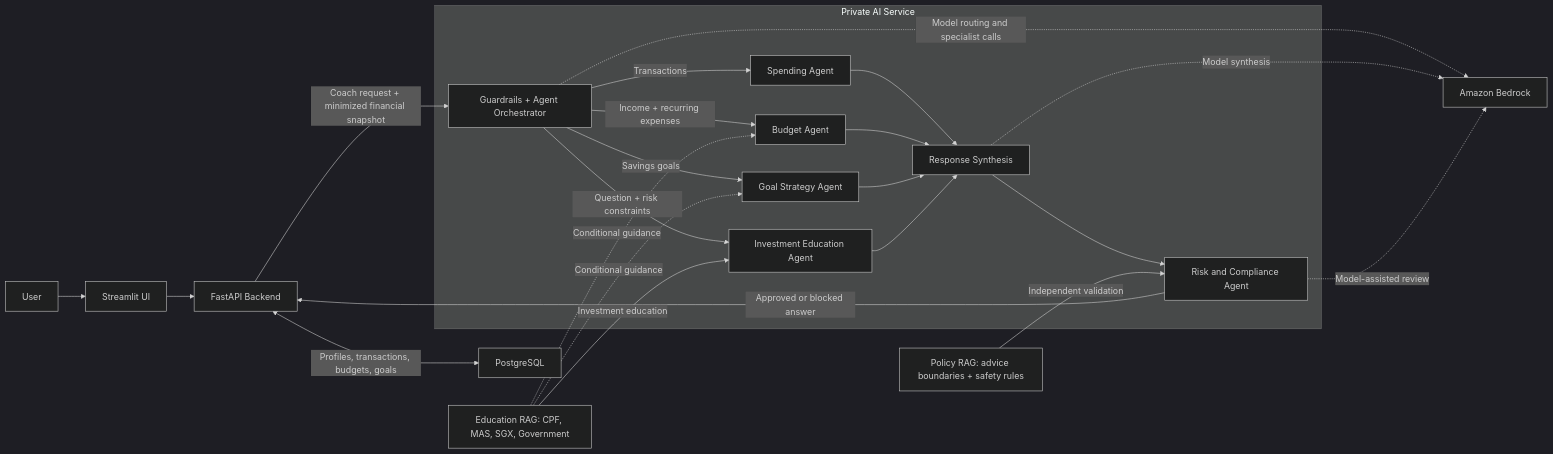
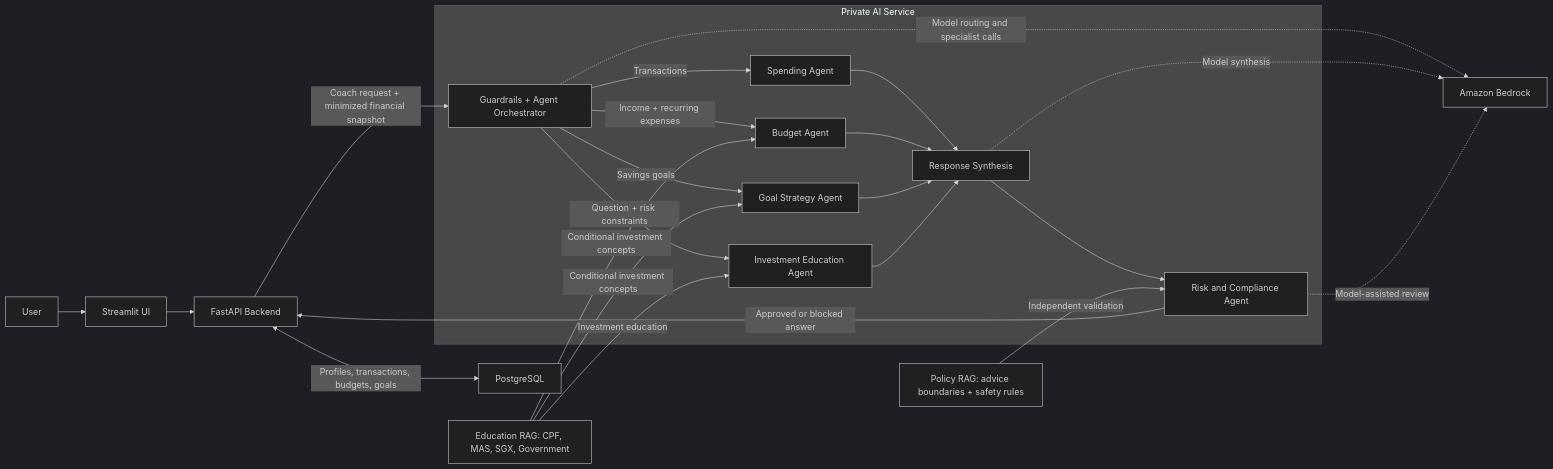
Before and after one commit to Seanleng99/nus-iss-ais-team9: the first of 2 diagrams in docs/architecture.md, drawn with Mermaid (dark theme). The commit also changed other lines of this file and 40 other files, not shown here.

Commit message:
feat: add conditional education RAG dependencies

````diff
--- a/docs/architecture.md
+++ b/docs/architecture.md
@@ -5,37 +5,37 @@
 ```mermaid
 flowchart LR
   User["User"] --> UI["Streamlit UI"]
   UI --> Backend["FastAPI Backend"]
   Backend <-->|"Profiles, transactions, budgets, goals"| PG["PostgreSQL"]
 
   subgraph AI["Private AI Service"]
     Orchestrator["Guardrails + Agent Orchestrator"]
     Spending["Spending Agent"]
     Budget["Budget Agent"]
     Goal["Goal Strategy Agent"]
     Invest["Investment Education Agent"]
     Synthesis["Response Synthesis"]
     Compliance["Risk and Compliance Agent"]
 
     Orchestrator -->|"Transactions"| Spending
     Orchestrator -->|"Income + recurring expenses"| Budget
     Orchestrator -->|"Savings goals"| Goal
     Orchestrator -->|"Question + risk constraints"| Invest
     Spending --> Synthesis
     Budget --> Synthesis
     Goal --> Synthesis
     Invest --> Synthesis
     Synthesis --> Compliance
   end
 
   Backend -->|"Coach request + minimized financial snapshot"| Orchestrator
   EducationRAG["Education RAG: CPF, MAS, SGX, Government"] -->|"Investment education"| Invest
-  EducationRAG -. "Conditional guidance" .-> Budget
-  EducationRAG -. "Conditional guidance" .-> Goal
+  EducationRAG -->|"Conditional investment concepts"| Budget
+  EducationRAG -->|"Conditional investment concepts"| Goal
   PolicyRAG["Policy RAG: advice boundaries + safety rules"] -->|"Independent validation"| Compliance
   Compliance -->|"Approved or blocked answer"| Backend
 
   Orchestrator -. "Model routing and specialist calls" .-> Bedrock["Amazon Bedrock"]
   Synthesis -. "Model synthesis" .-> Bedrock
   Compliance -. "Model-assisted review" .-> Bedrock
 ```
````
